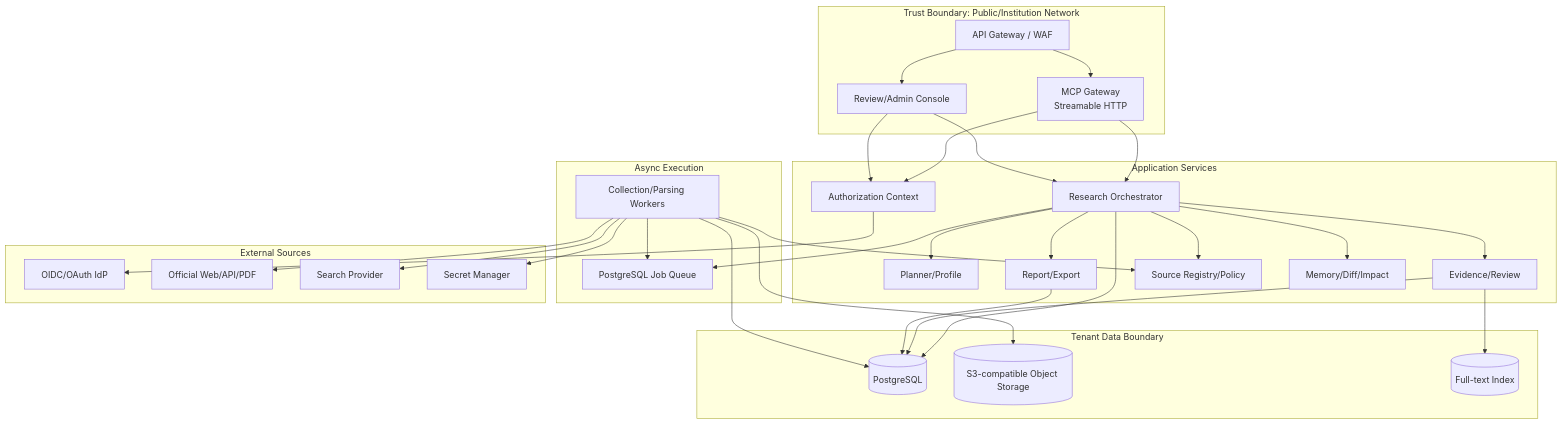
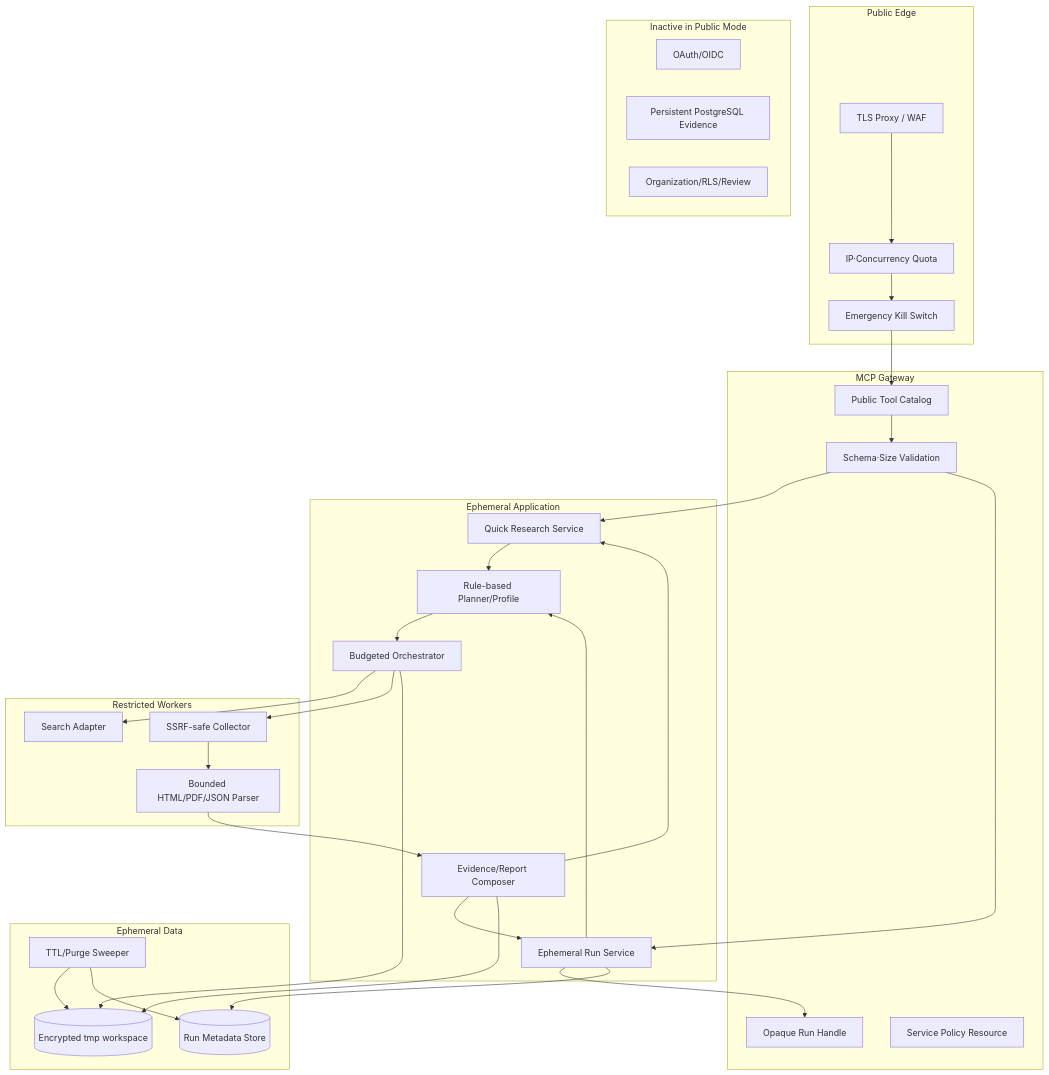
The second of 4 diagrams in docs/ARCHITECTURE.md (Kminer2053/public-sector-research-skill), drawn with Mermaid before and after one commit. The commit also changed other lines of this file and 10 other files, not shown here.

````diff
--- a/docs/ARCHITECTURE.md
+++ b/docs/ARCHITECTURE.md
@@ -123,61 +110,61 @@
 ```mermaid
 flowchart TB
-    subgraph Edge["Trust Boundary: Public/Institution Network"]
-        GW["API Gateway / WAF"]
-        MCP["MCP Gateway\nStreamable HTTP"]
-        Web["Review/Admin Console"]
+    subgraph Edge["Public Edge"]
+        Proxy["TLS Proxy / WAF"]
+        Quota["IP·Concurrency Quota"]
+        Switch["Emergency Kill Switch"]
     end
 
-    subgraph App["Application Services"]
-        Auth["Authorization Context"]
-        Research["Research Orchestrator"]
-        Planner["Planner/Profile"]
-        Evidence["Evidence/Review"]
-        Report["Report/Export"]
-        SourceReg["Source Registry/Policy"]
-        Maintenance["Memory/Diff/Impact"]
+    subgraph Gateway["MCP Gateway"]
+        Catalog["Public Tool Catalog"]
+        Input["Schema·Size Validation"]
+        Handle["Opaque Run Handle"]
+        Policy["Service Policy Resource"]
     end
 
-    subgraph Jobs["Async Execution"]
-        Queue["PostgreSQL Job Queue"]
-        Worker["Collection/Parsing Workers"]
+    subgraph Research["Ephemeral Application"]
+        Quick["Quick Research Service"]
+        Runs["Ephemeral Run Service"]
+        Planner["Rule-based Planner/Profile"]
+        Orchestrator["Budgeted Orchestrator"]
+        Composer["Evidence/Report Composer"]
     end
 
-    subgraph Data["Tenant Data Boundary"]
-        PG[("PostgreSQL")]
-        Obj[("S3-compatible Object Storage")]
-        SearchIdx[("Full-text Index")]
+    subgraph Workers["Restricted Workers"]
+        SearchAdapter["Search Adapter"]
+        Collector["SSRF-safe Collector"]
+        Parser["Bounded HTML/PDF/JSON Parser"]
     end
 
-    subgraph External["External Sources"]
-        IdP["OIDC/OAuth IdP"]
-        WebSrc["Official Web/API/PDF"]
-        Provider["Search Provider"]
-        Secret["Secret Manager"]
+    subgraph Ephemeral["Ephemeral Data"]
+        RunMeta[("Run Metadata Store")]
+        Workspace[("Encrypted tmp workspace")]
+        Sweeper["TTL/Purge Sweeper"]
     end
 
-    GW --> MCP
-    GW --> Web
-    MCP --> Auth
-    Web --> Auth
-    Auth --> IdP
-    MCP --> Research
-    Web --> Research
-    Research --> Planner
-    Research --> Evidence
-    Research --> Report
-    Research --> SourceReg
-    Research --> Maintenance
-    Research --> Queue
-    Worker --> Queue
-    Worker --> SourceReg
-    Worker --> WebSrc
-    Worker --> Provider
-    Worker --> Secret
-    Research --> PG
-    Evidence --> PG
-    Report --> PG
-    Worker --> PG
-    Worker --> Obj
-    Evidence --> SearchIdx
+    subgraph Future["Inactive in Public Mode"]
+        OAuth["OAuth/OIDC"]
+        PG["Persistent PostgreSQL Evidence"]
+        Org["Organization/RLS/Review"]
+    end
+
+    Proxy --> Quota --> Switch --> Catalog
+    Catalog --> Input
+    Input --> Quick
+    Input --> Runs
+    Runs --> Handle
+    Quick --> Planner
+    Runs --> Planner
+    Planner --> Orchestrator
+    Orchestrator --> SearchAdapter
+    Orchestrator --> Collector
+    Collector --> Parser
+    Parser --> Composer
+    Composer --> Quick
+    Composer --> Runs
+    Runs --> RunMeta
+    Orchestrator --> Workspace
+    Composer --> Workspace
+    Sweeper --> Workspace
+    Sweeper --> RunMeta
 ```
````
